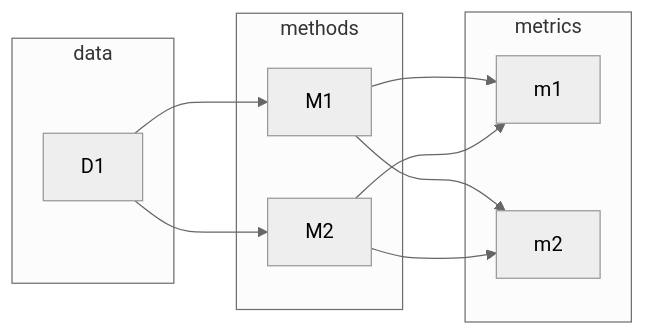
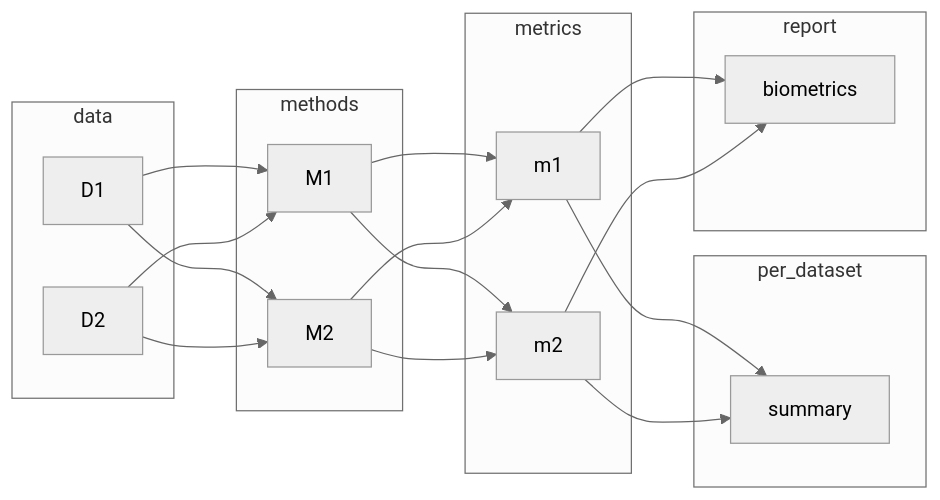
Before and after one commit to omnibenchmark/omnibenchmark: the diagram in docs/src/tutorial.md, drawn with Mermaid (neutral theme). The commit also changed other lines of this file and 8 other files, not shown here.

````diff
--- a/docs/src/tutorial.md
+++ b/docs/src/tutorial.md
@@ -16,16 +16,27 @@
 ```mermaid
 flowchart LR
   subgraph data
     D1
+    D2
   end
   subgraph methods
     D1 --> M1
     D1 --> M2
+    D2 --> M1
+    D2 --> M2
   end
   subgraph metrics
     M1 --> m1
     M1 --> m2
     M2 --> m1
     M2 --> m2
   end
+  subgraph per_dataset
+    m1 --> summary
+    m2 --> summary
+  end
+  subgraph report
+    m1 --> biometrics
+    m2 --> biometrics
+  end
 ```
````
